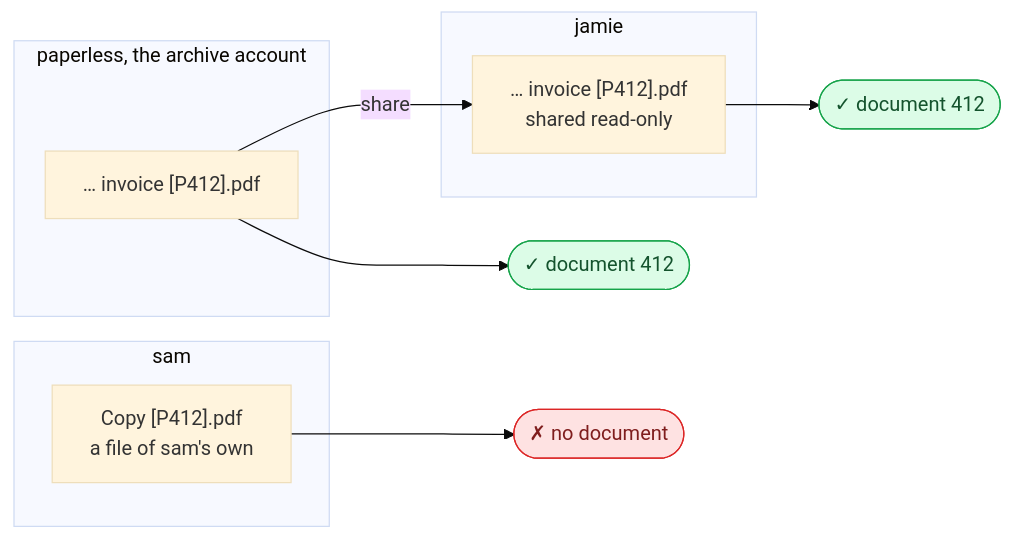
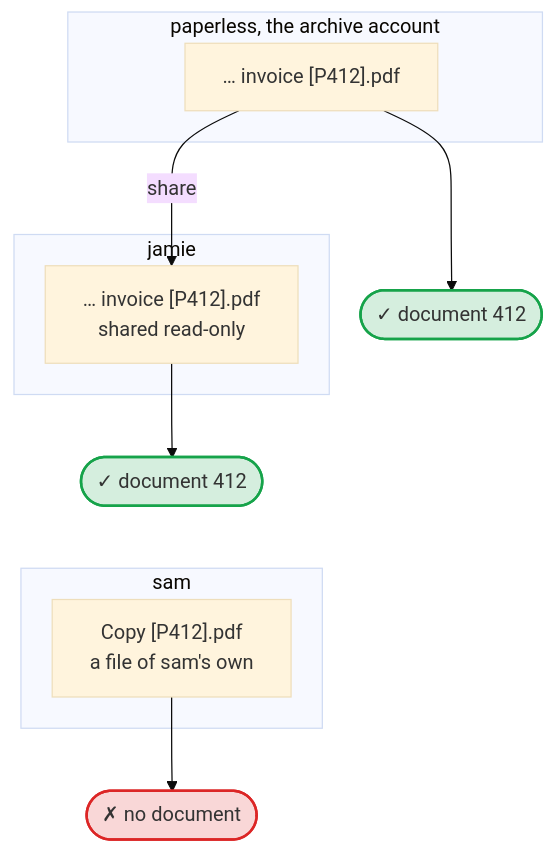
The fourth of 4 diagrams in README.md (Dennis-Otto/paperless-unified-search), drawn with Mermaid (base theme) before and after one commit. The commit also changed other lines of this file and 9 other files, not shown here.

First line of the commit message:
docs: accessible top-to-bottom diagrams and two new ones (#105)

````diff
--- a/README.md
+++ b/README.md
@@ -109,20 +204,35 @@
 ```mermaid
-flowchart LR
-    subgraph owner["paperless, the archive account"]
+---
+config:
+  flowchart:
+    wrappingWidth: 400
+    nodeSpacing: 30
+---
+flowchart TB
+    accTitle: Who sees document 412
+    accDescr: The archive account paperless owns the file invoice [P412].pdf and sees document 412. It shares the file read-only with jamie, who sees document 412 as well. sam has a file of sam's own named Copy [P412].pdf; it isn't a file of the archive account, so sam sees no document.
+
+    subgraph owner ["paperless, the archive account"]
         own["… invoice [P412].pdf"]
     end
-    subgraph reader["jamie"]
-        shared["… invoice [P412].pdf<br/>shared read-only"]
+    subgraph reader ["jamie"]
+        shared["… invoice [P412].pdf<br>shared read-only"]
     end
-    subgraph other["sam"]
-        copy["Copy [P412].pdf<br/>a file of sam's own"]
+    subgraph other ["sam"]
+        copy["Copy [P412].pdf<br>a file of sam's own"]
     end
+    seen1(["✓ document 412"])
+    seen2(["✓ document 412"])
+    unseen(["✗ no document"])
+
     own -- "share" --> shared
-    own --> seen1(["✓ document 412"])
-    shared --> seen2(["✓ document 412"])
-    copy --> unseen(["✗ no document"])
-    classDef yes fill:#dcfce7,stroke:#16a34a,color:#14532d
-    classDef no fill:#fee2e2,stroke:#dc2626,color:#7f1d1d
+    own --> seen1
+    shared --> seen2
+    seen2 ~~~ copy
+    copy --> unseen
+
+    classDef yes fill:#16a34a2e,stroke:#16a34a,stroke-width:2px
+    classDef no fill:#dc26262e,stroke:#dc2626,stroke-width:2px
     class seen1,seen2 yes
     class unseen no
 ```
````
